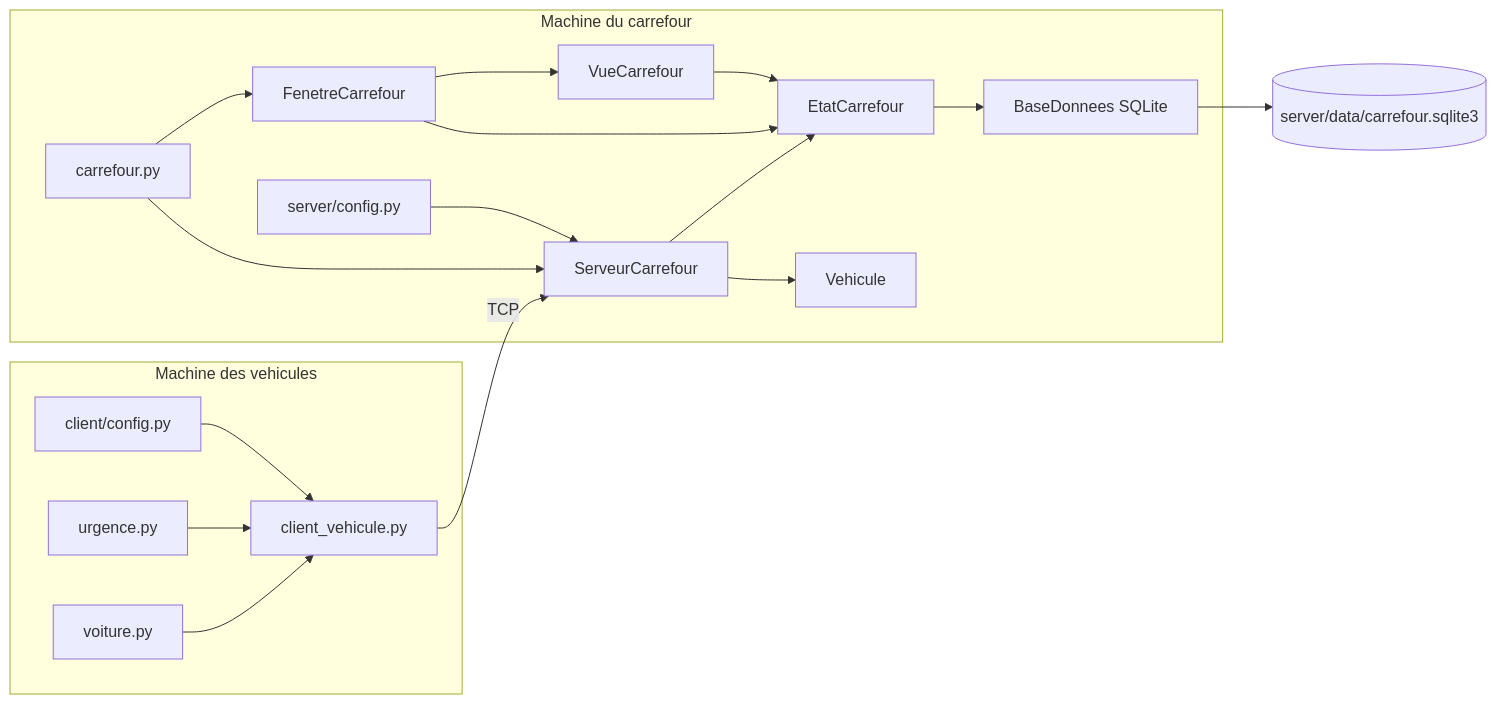
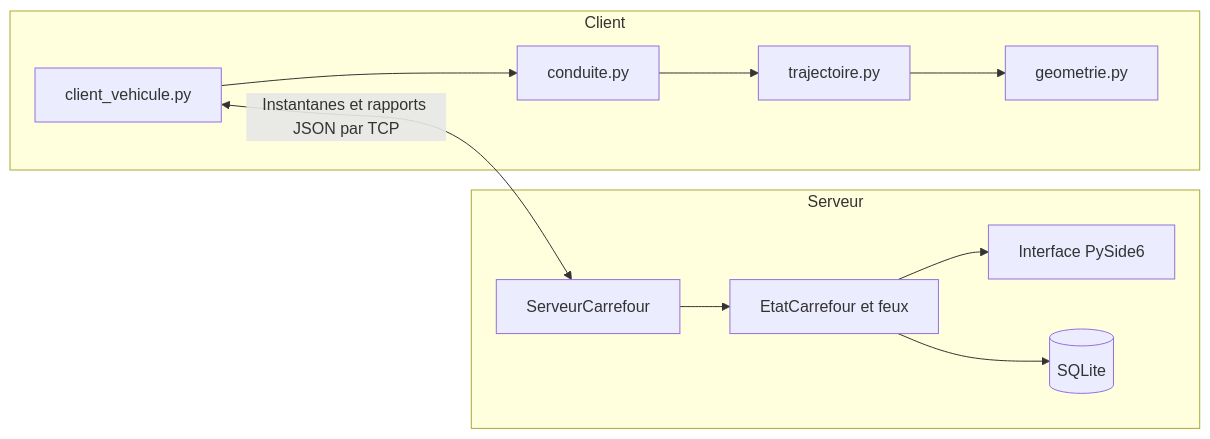
One commit to glufy100/SAE302main changed the fourth of 8 diagrams in doc/Documentation_Technique.md. Above: the diagram before and after it, drawn with Mermaid. The commit also changed other lines of this file and 38 other files, not shown here.

Commit message:
Deplace la logique vehicule vers les clients et ajoute les paquets Debian 13

````diff
--- a/doc/Documentation_Technique.md
+++ b/doc/Documentation_Technique.md
@@ -336,37 +284,19 @@
 ```mermaid
 flowchart LR
-    subgraph Clients[Machine des vehicules]
-        voiture_py[voiture.py]
-        urgence_py[urgence.py]
-        logique[client_vehicule.py]
-        config_client[client/config.py]
+    subgraph Client
+        reseau[client_vehicule.py]
+        conduite[conduite.py]
+        trajet[trajectoire.py]
+        geometrie[geometrie.py]
+        reseau --> conduite --> trajet --> geometrie
     end
-
-    subgraph Serveur[Machine du carrefour]
-        carrefour_py[carrefour.py]
-        serveur[ServeurCarrefour]
-        etat[EtatCarrefour]
-        fenetre[FenetreCarrefour]
-        vue[VueCarrefour]
-        vehicule[Vehicule]
-        db[BaseDonnees SQLite]
-        config_serveur[server/config.py]
+    subgraph Serveur
+        tcp[ServeurCarrefour]
+        etat[EtatCarrefour et feux]
+        vue[Interface PySide6]
+        base[(SQLite)]
+        tcp --> etat --> vue
+        etat --> base
     end
-
-    fichier[(server/data/carrefour.sqlite3)]
-
-    voiture_py --> logique
-    urgence_py --> logique
-    logique -- TCP --> serveur
-    config_client --> logique
-    carrefour_py --> serveur
-    carrefour_py --> fenetre
-    serveur --> etat
-    serveur --> vehicule
-    config_serveur --> serveur
-    fenetre --> vue
-    fenetre --> etat
-    vue --> etat
-    etat --> db
-    db --> fichier
+    reseau <-->|Instantanes et rapports JSON par TCP| tcp
 ```
````
